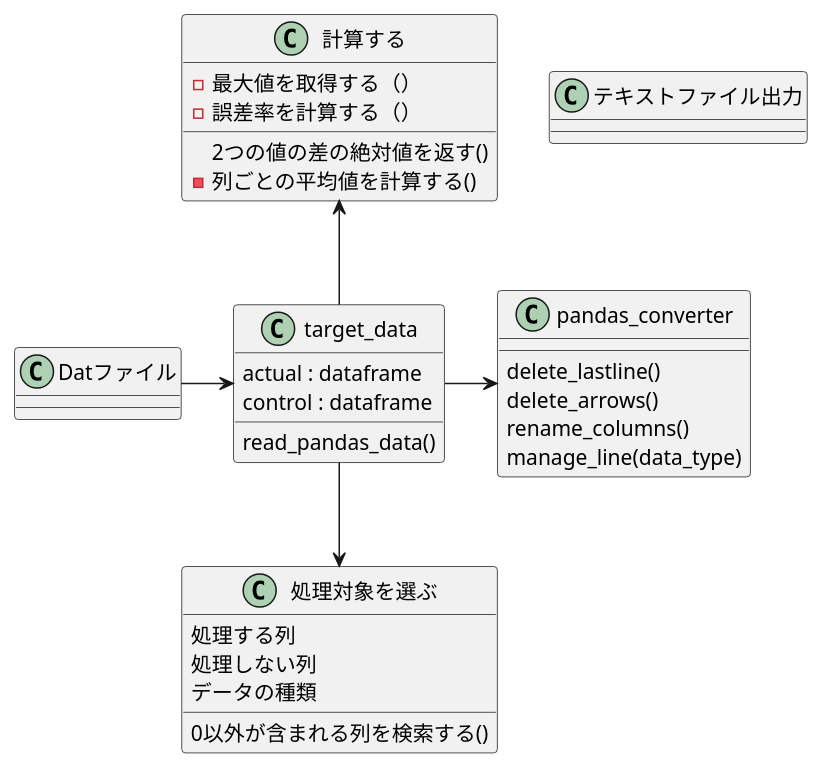
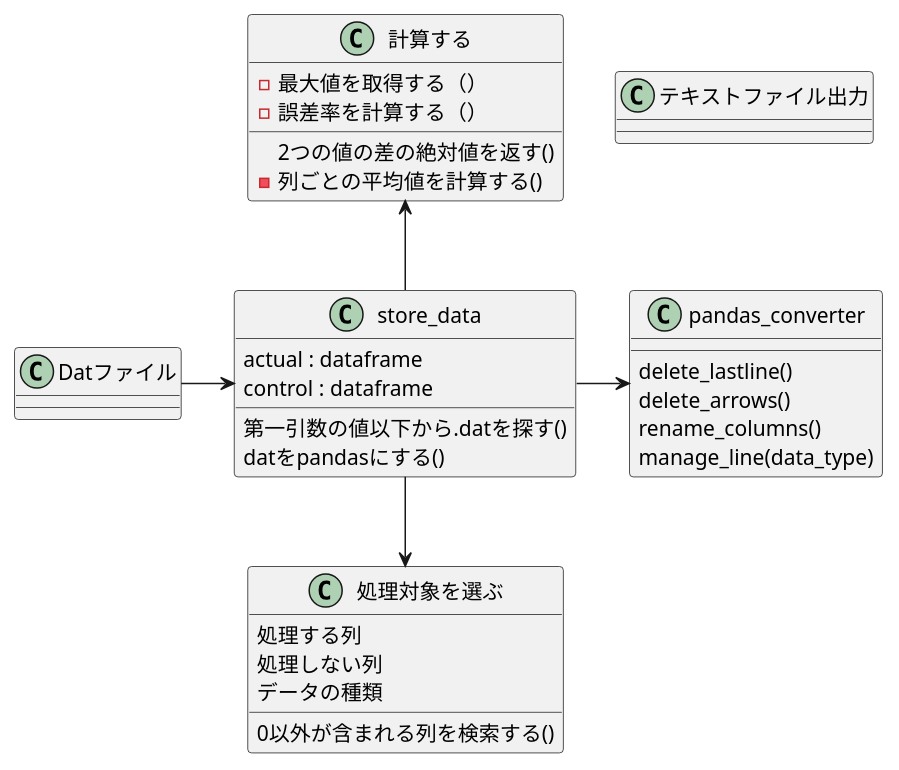
One commit to Dirty-Tester/python_practice changed the diagram in class.pu. Above: the diagram before and after it, drawn with PlantUML.

Commit message:
store_dataに変更

```diff
--- a/class.pu
+++ b/class.pu
@@ -1,41 +1,42 @@
 @startuml sequence
 
-Datファイル -> target_data
+Datファイル -> store_data
 
-target_data -right-> pandas_converter
-target_data -down-> 処理対象を選ぶ
-target_data -up-> 計算する
+store_data -right-> pandas_converter
+store_data -down-> 処理対象を選ぶ
+store_data -up-> 計算する
 
 class Datファイル
 
-class target_data{
+class store_data{
     actual : dataframe
     control : dataframe
-    read_pandas_data()
+    第一引数の値以下から.datを探す()
+    datをpandasにする()
 }
 
 class pandas_converter{
     delete_lastline()
     delete_arrows()
     rename_columns()
     manage_line(data_type)
 }
 
 class 処理対象を選ぶ{
     処理する列
     処理しない列
     データの種類
     0以外が含まれる列を検索する()
 }
 
 class 計算する{
     2つの値の差の絶対値を返す()
     - 列ごとの平均値を計算する()
     - 最大値を取得する（）
     - 誤差率を計算する（）
 }
 
 class テキストファイル出力{
 }
 
 @enduml
```
